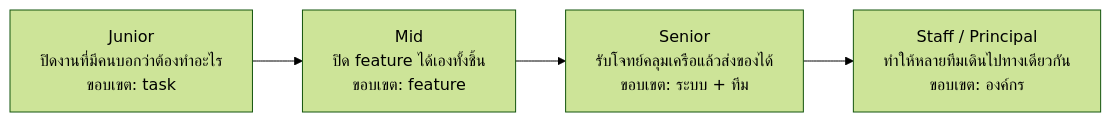
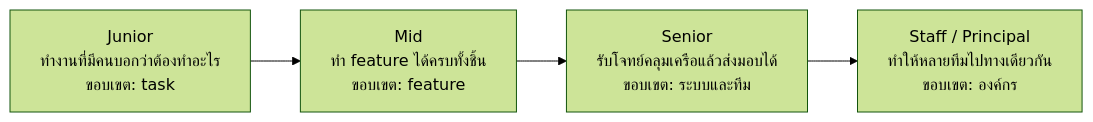
The first of 8 diagrams in readings/06-senior-software-engineer.md (CE-SDPX/SDPX-AI), drawn with Mermaid (forest theme) before and after one commit. The commit also changed other lines of this file and 6 other files, not shown here.

````diff
--- a/readings/06-senior-software-engineer.md
+++ b/readings/06-senior-software-engineer.md
@@ -50,9 +48,9 @@
 ```mermaid
 flowchart LR
-    J["Junior<br/>ปิดงานที่มีคนบอกว่าต้องทำอะไร<br/>ขอบเขต: task"]
-    M["Mid<br/>ปิด feature ได้เองทั้งชิ้น<br/>ขอบเขต: feature"]
-    S["Senior<br/>รับโจทย์คลุมเครือแล้วส่งของได้<br/>ขอบเขต: ระบบ + ทีม"]
-    ST["Staff / Principal<br/>ทำให้หลายทีมเดินไปทางเดียวกัน<br/>ขอบเขต: องค์กร"]
+    J["Junior<br/>ทำงานที่มีคนบอกว่าต้องทำอะไร<br/>ขอบเขต: task"]
+    M["Mid<br/>ทำ feature ได้ครบทั้งชิ้น<br/>ขอบเขต: feature"]
+    S["Senior<br/>รับโจทย์คลุมเครือแล้วส่งมอบได้<br/>ขอบเขต: ระบบและทีม"]
+    ST["Staff / Principal<br/>ทำให้หลายทีมไปทางเดียวกัน<br/>ขอบเขต: องค์กร"]
 
     J --> M --> S --> ST
 ```
````
